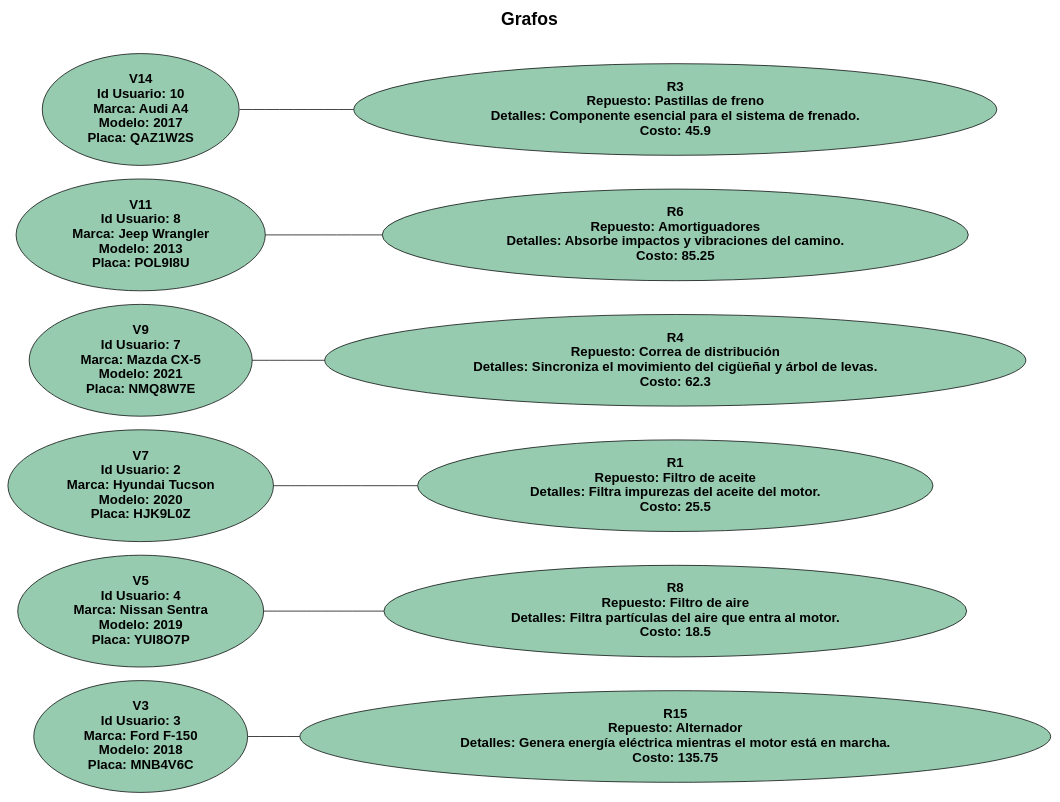
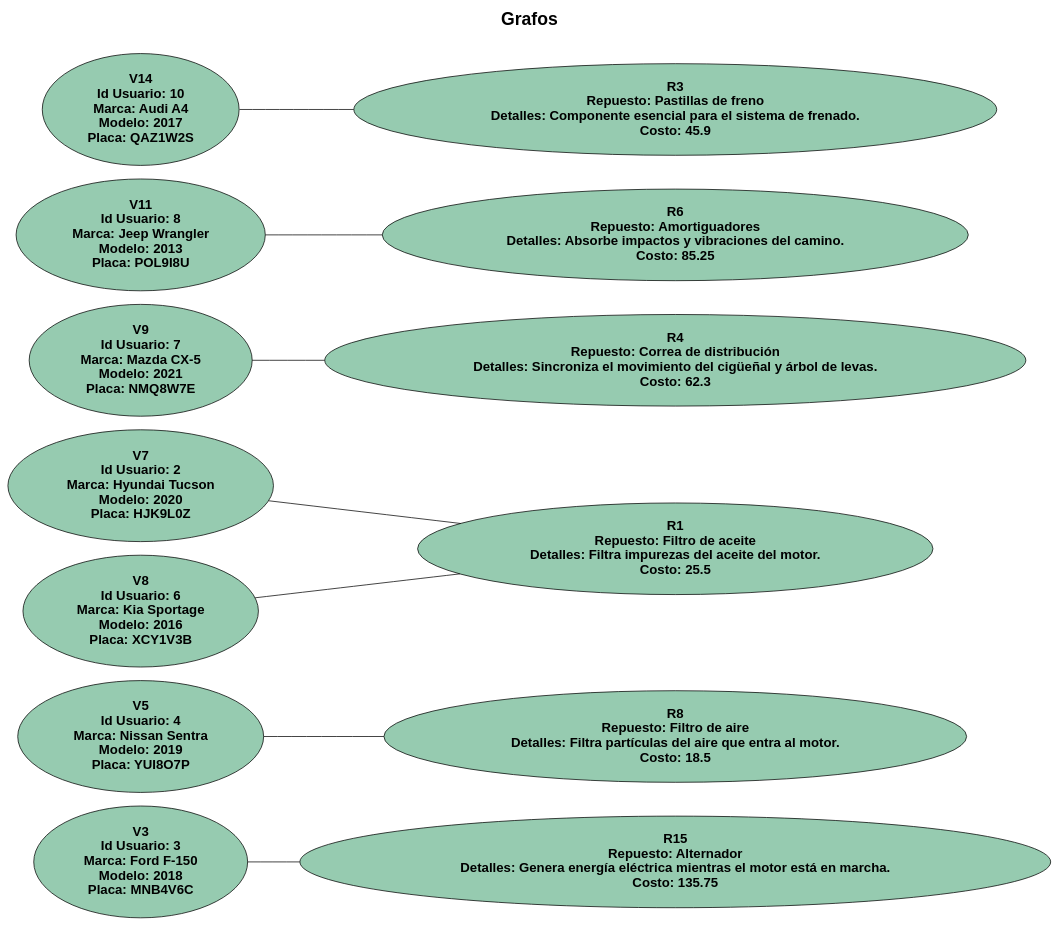
Before and after one commit to Saloj17/-EDD-1S2025_201900081: the diagram in Fase3/Reportes/grafo.dot, drawn with Graphviz. The commit also changed 27 other files, not shown here.

```diff
--- a/Fase3/Reportes/grafo.dot
+++ b/Fase3/Reportes/grafo.dot
@@ -1,70 +1,80 @@
 graph G {
 rankdir ="LR";
 label = "Grafos
 
 ";
 
 labelloc = "t";
 fontsize = 24;
 fontname = "Helvetica-Bold";
 V3[label="V3 
  Id Usuario: 3
  Marca: Ford F-150
  Modelo: 2018 
  Placa: MNB4V6C"  style="filled" fillcolor="#96cbb0" fontname="Helvetica-Bold" fontsize = 18];
 R15 [label="R15 
  Repuesto: Alternador 
  Detalles: Genera energía eléctrica mientras el motor está en marcha. 
  Costo: 135.75"   style="filled" fillcolor="#96cbb0" fontname="Helvetica-Bold" fontsize = 18];
 V3 -- R15 [dir=normal];
 V5[label="V5 
  Id Usuario: 4
  Marca: Nissan Sentra
  Modelo: 2019 
  Placa: YUI8O7P"  style="filled" fillcolor="#96cbb0" fontname="Helvetica-Bold" fontsize = 18];
 R8 [label="R8 
  Repuesto: Filtro de aire 
  Detalles: Filtra partículas del aire que entra al motor. 
  Costo: 18.5"   style="filled" fillcolor="#96cbb0" fontname="Helvetica-Bold" fontsize = 18];
 V5 -- R8 [dir=normal];
 V7[label="V7 
  Id Usuario: 2
  Marca: Hyundai Tucson
  Modelo: 2020 
  Placa: HJK9L0Z"  style="filled" fillcolor="#96cbb0" fontname="Helvetica-Bold" fontsize = 18];
 R1 [label="R1 
  Repuesto: Filtro de aceite 
  Detalles: Filtra impurezas del aceite del motor. 
  Costo: 25.5"   style="filled" fillcolor="#96cbb0" fontname="Helvetica-Bold" fontsize = 18];
 V7 -- R1 [dir=normal];
+V8[label="V8 
+ Id Usuario: 6
+ Marca: Kia Sportage
+ Modelo: 2016 
+ Placa: XCY1V3B"  style="filled" fillcolor="#96cbb0" fontname="Helvetica-Bold" fontsize = 18];
+R1 [label="R1 
+ Repuesto: Filtro de aceite 
+ Detalles: Filtra impurezas del aceite del motor. 
+ Costo: 25.5"   style="filled" fillcolor="#96cbb0" fontname="Helvetica-Bold" fontsize = 18];
+V8 -- R1 [dir=normal];
 V9[label="V9 
  Id Usuario: 7
  Marca: Mazda CX-5
  Modelo: 2021 
  Placa: NMQ8W7E"  style="filled" fillcolor="#96cbb0" fontname="Helvetica-Bold" fontsize = 18];
 R4 [label="R4 
  Repuesto: Correa de distribución 
  Detalles: Sincroniza el movimiento del cigüeñal y árbol de levas. 
  Costo: 62.3"   style="filled" fillcolor="#96cbb0" fontname="Helvetica-Bold" fontsize = 18];
 V9 -- R4 [dir=normal];
 V11[label="V11 
  Id Usuario: 8
  Marca: Jeep Wrangler
  Modelo: 2013 
  Placa: POL9I8U"  style="filled" fillcolor="#96cbb0" fontname="Helvetica-Bold" fontsize = 18];
 R6 [label="R6 
  Repuesto: Amortiguadores 
  Detalles: Absorbe impactos y vibraciones del camino. 
  Costo: 85.25"   style="filled" fillcolor="#96cbb0" fontname="Helvetica-Bold" fontsize = 18];
 V11 -- R6 [dir=normal];
 V14[label="V14 
  Id Usuario: 10
  Marca: Audi A4
  Modelo: 2017 
  Placa: QAZ1W2S"  style="filled" fillcolor="#96cbb0" fontname="Helvetica-Bold" fontsize = 18];
 R3 [label="R3 
  Repuesto: Pastillas de freno 
  Detalles: Componente esencial para el sistema de frenado. 
  Costo: 45.9"   style="filled" fillcolor="#96cbb0" fontname="Helvetica-Bold" fontsize = 18];
 V14 -- R3 [dir=normal];
 }
```
